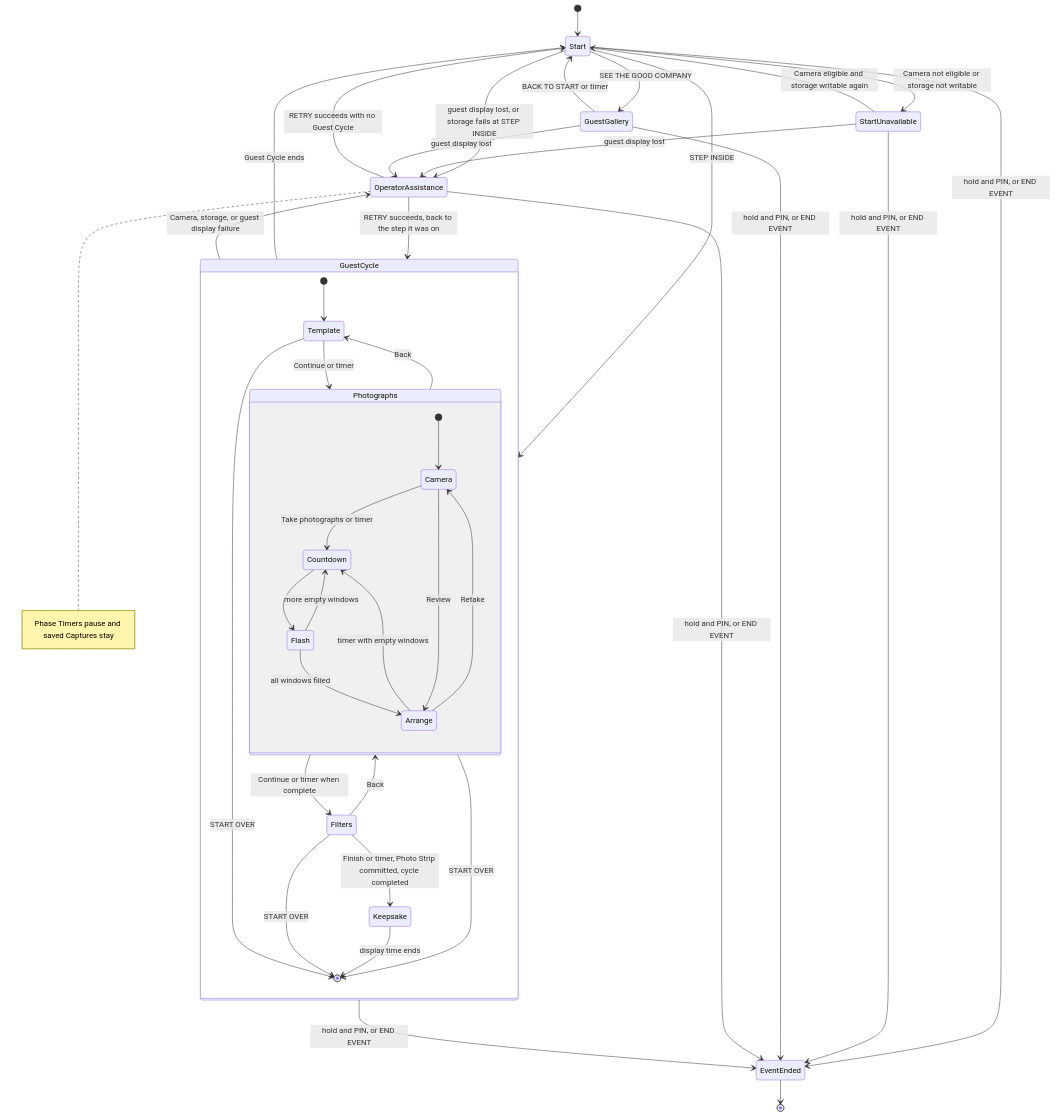
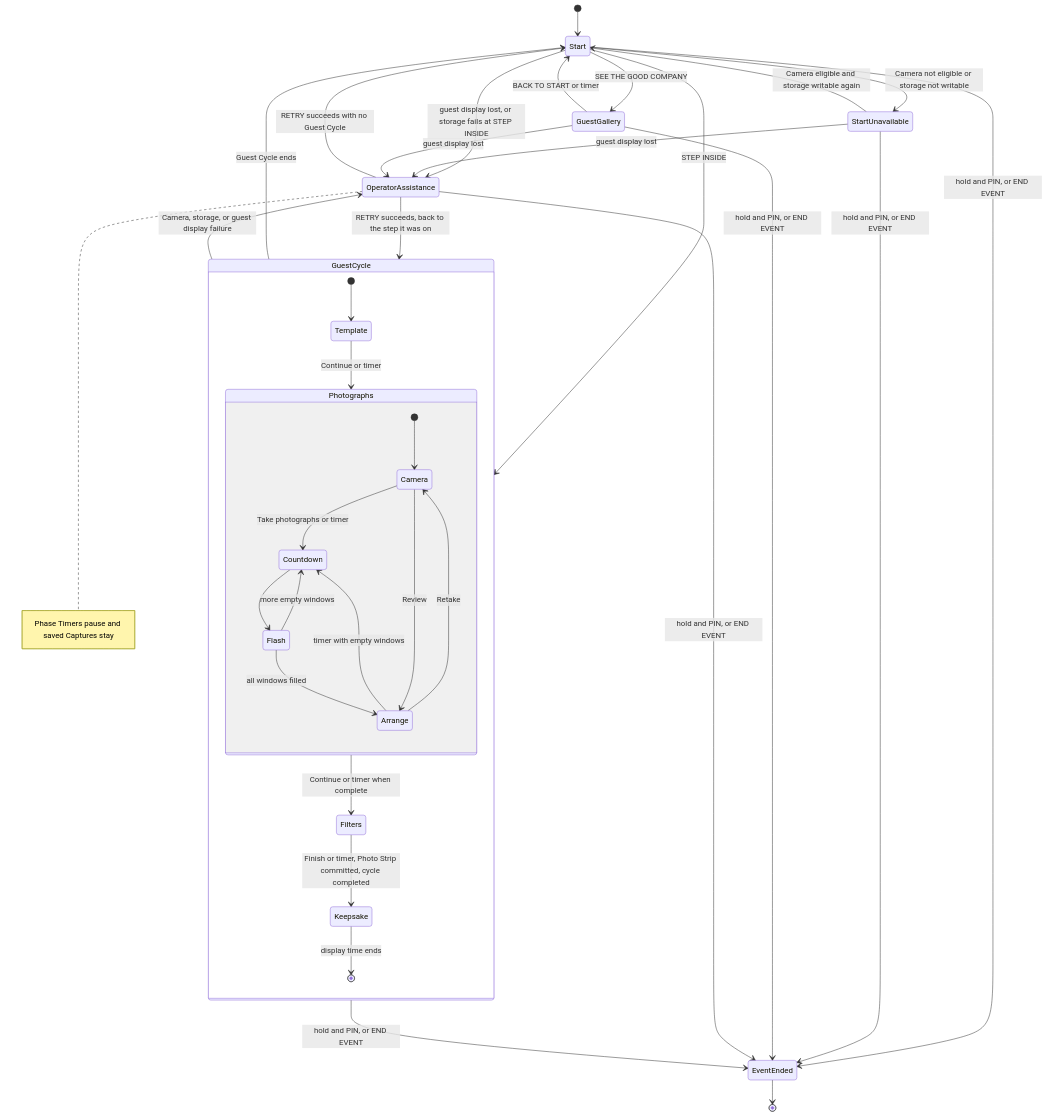
Before and after one commit to quinjan/FotoHAVN: the second of 4 diagrams in app/docs/implementation-plan.md, drawn with Mermaid. The commit also changed other lines of this file and 335 other files, not shown here.

````diff
--- a/app/docs/implementation-plan.md
+++ b/app/docs/implementation-plan.md
@@ -272,45 +273,40 @@
 ```mermaid
 stateDiagram-v2
   [*] --> Start
   Start --> StartUnavailable: Camera not eligible or storage not writable
   StartUnavailable --> Start: Camera eligible and storage writable again
   Start --> GuestGallery: SEE THE GOOD COMPANY
   GuestGallery --> Start: BACK TO START or timer
   Start --> GuestCycle: STEP INSIDE
   state GuestCycle {
     [*] --> Template
     Template --> Photographs: Continue or timer
     state Photographs {
       [*] --> Camera
       Camera --> Countdown: Take photographs or timer
       Countdown --> Flash
       Flash --> Countdown: more empty windows
       Flash --> Arrange: all windows filled
       Arrange --> Camera: Retake
       Camera --> Arrange: Review
       Arrange --> Countdown: timer with empty windows
     }
-    Photographs --> Template: Back
     Photographs --> Filters: Continue or timer when complete
-    Filters --> Photographs: Back
     Filters --> Keepsake: Finish or timer, Photo Strip committed, cycle completed
-    Template --> [*]: START OVER
-    Photographs --> [*]: START OVER
-    Filters --> [*]: START OVER
     Keepsake --> [*]: display time ends
   }
   GuestCycle --> Start: Guest Cycle ends
   GuestCycle --> OperatorAssistance: Camera, storage, or guest display failure
   OperatorAssistance --> GuestCycle: RETRY succeeds, back to the step it was on
   Start --> OperatorAssistance: guest display lost, or storage fails at STEP INSIDE
   StartUnavailable --> OperatorAssistance: guest display lost
   GuestGallery --> OperatorAssistance: guest display lost
   OperatorAssistance --> Start: RETRY succeeds with no Guest Cycle
   note right of OperatorAssistance: Phase Timers pause and saved Captures stay
   Start --> EventEnded: hold and PIN, or END EVENT
   StartUnavailable --> EventEnded: hold and PIN, or END EVENT
   GuestGallery --> EventEnded: hold and PIN, or END EVENT
   GuestCycle --> EventEnded: hold and PIN, or END EVENT
   OperatorAssistance --> EventEnded: hold and PIN, or END EVENT
   EventEnded --> [*]
 ```
````
